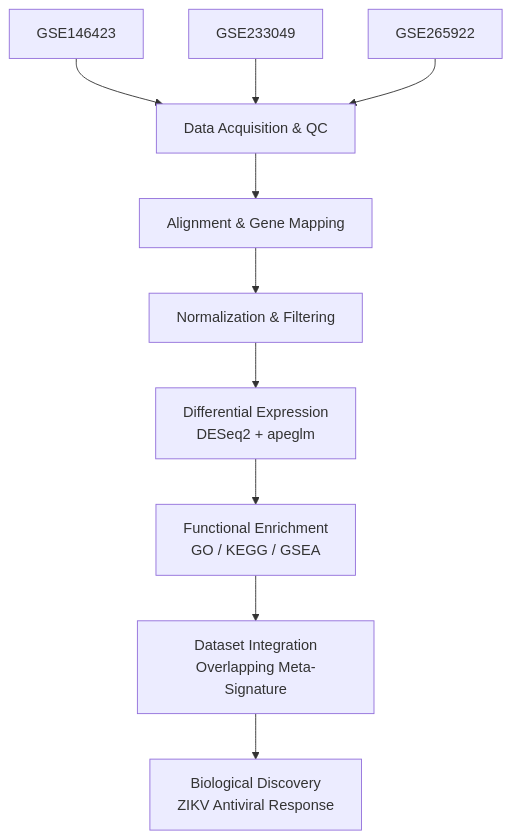
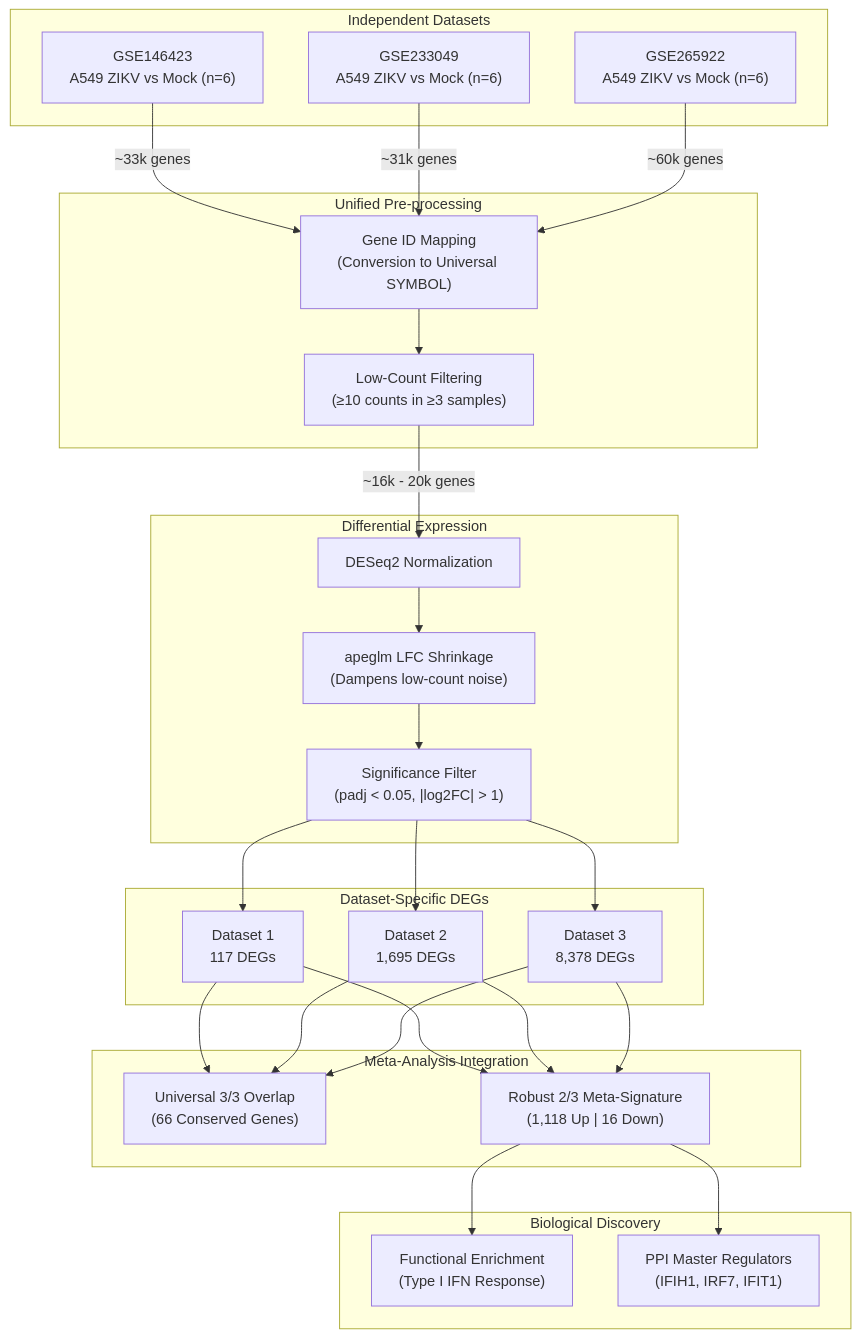
Before and after one commit to JaykishanJ/Zika_bulk_RNA_seq: the diagram in README.md, drawn with Mermaid.

Commit message:
Update visual abstract Mermaid diagram with detailed pipeline gene counts

````diff
--- a/README.md
+++ b/README.md
@@ -17,12 +17,56 @@
 ```mermaid
 graph TD
-    A1[GSE146423] --> B[Data Acquisition & QC]
-    A2[GSE233049] --> B
-    A3[GSE265922] --> B
-    B --> C[Alignment & Gene Mapping]
-    C --> D[Normalization & Filtering]
-    D --> E[Differential Expression<br/>DESeq2 + apeglm]
-    E --> F[Functional Enrichment<br/>GO / KEGG / GSEA]
-    F --> G[Dataset Integration<br/>Overlapping Meta-Signature]
-    G --> H[Biological Discovery<br/>ZIKV Antiviral Response]
+    subgraph Sources [Independent Datasets]
+        A1["GSE146423<br/>A549 ZIKV vs Mock (n=6)"]
+        A2["GSE233049<br/>A549 ZIKV vs Mock (n=6)"]
+        A3["GSE265922<br/>A549 ZIKV vs Mock (n=6)"]
+    end
+
+    subgraph PreProcessing [Unified Pre-processing]
+        B["Gene ID Mapping<br/>(Conversion to Universal SYMBOL)"]
+        C["Low-Count Filtering<br/>(≥10 counts in ≥3 samples)"]
+    end
+
+    A1 -->|~33k genes| B
+    A2 -->|~31k genes| B
+    A3 -->|~60k genes| B
+    
+    B --> C
+
+    subgraph Statistics [Differential Expression]
+        D["DESeq2 Normalization"]
+        E["apeglm LFC Shrinkage<br/>(Dampens low-count noise)"]
+        F["Significance Filter<br/>(padj < 0.05, |log2FC| > 1)"]
+    end
+
+    C -->|~16k - 20k genes| D
+    D --> E
+    E --> F
+
+    subgraph Individual_DEGs [Dataset-Specific DEGs]
+        G1["Dataset 1<br/>117 DEGs"]
+        G2["Dataset 2<br/>1,695 DEGs"]
+        G3["Dataset 3<br/>8,378 DEGs"]
+    end
+
+    F --> G1
+    F --> G2
+    F --> G3
+
+    subgraph Meta_Analysis [Meta-Analysis Integration]
+        H["Universal 3/3 Overlap<br/>(66 Conserved Genes)"]
+        I["Robust 2/3 Meta-Signature<br/>(1,118 Up | 16 Down)"]
+    end
+
+    G1 --> H & I
+    G2 --> H & I
+    G3 --> H & I
+
+    subgraph Validation [Biological Discovery]
+        J["Functional Enrichment<br/>(Type I IFN Response)"]
+        K["PPI Master Regulators<br/>(IFIH1, IRF7, IFIT1)"]
+    end
+
+    I --> J
+    I --> K
 ```
````
